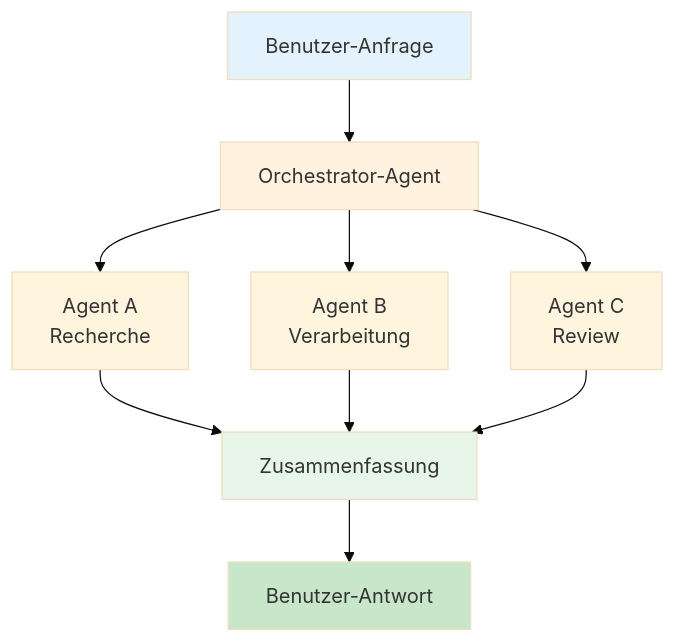
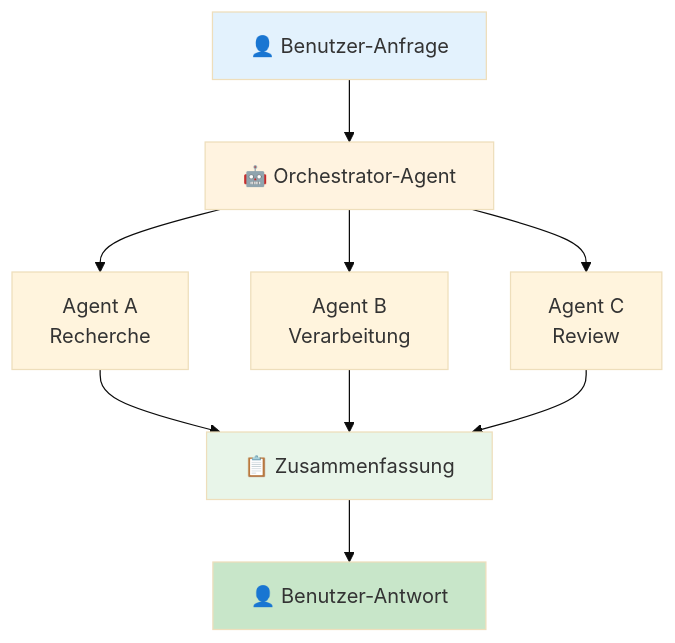
One commit to justinsz/ProPrompt changed the diagram in guide_de.md. Above: the diagram before and after it, drawn with Mermaid (base theme). The commit also changed other lines of this file and 11 other files, not shown here.

First line of the commit message:
Restore emojis in normal text, keep prompts clean, fix Mermaid syntax

````diff
--- a/guide_de.md
+++ b/guide_de.md
@@ -284,14 +284,14 @@
 ```mermaid
 flowchart TB
-    A[Benutzer-Anfrage] --> B[Orchestrator-Agent]
+    A[👤 Benutzer-Anfrage] --> B[🤖 Orchestrator-Agent]
     B --> C[Agent A<br/>Recherche]
     B --> D[Agent B<br/>Verarbeitung]
     B --> E[Agent C<br/>Review]
-    C & D & E --> F[Zusammenfassung]
-    F --> G[Benutzer-Antwort]
+    C & D & E --> F[📋 Zusammenfassung]
+    F --> G[👤 Benutzer-Antwort]
 
     style A fill:#e3f2fd
     style B fill:#fff3e0
     style F fill:#e8f5e9
     style G fill:#c8e6c9
 ```
````
